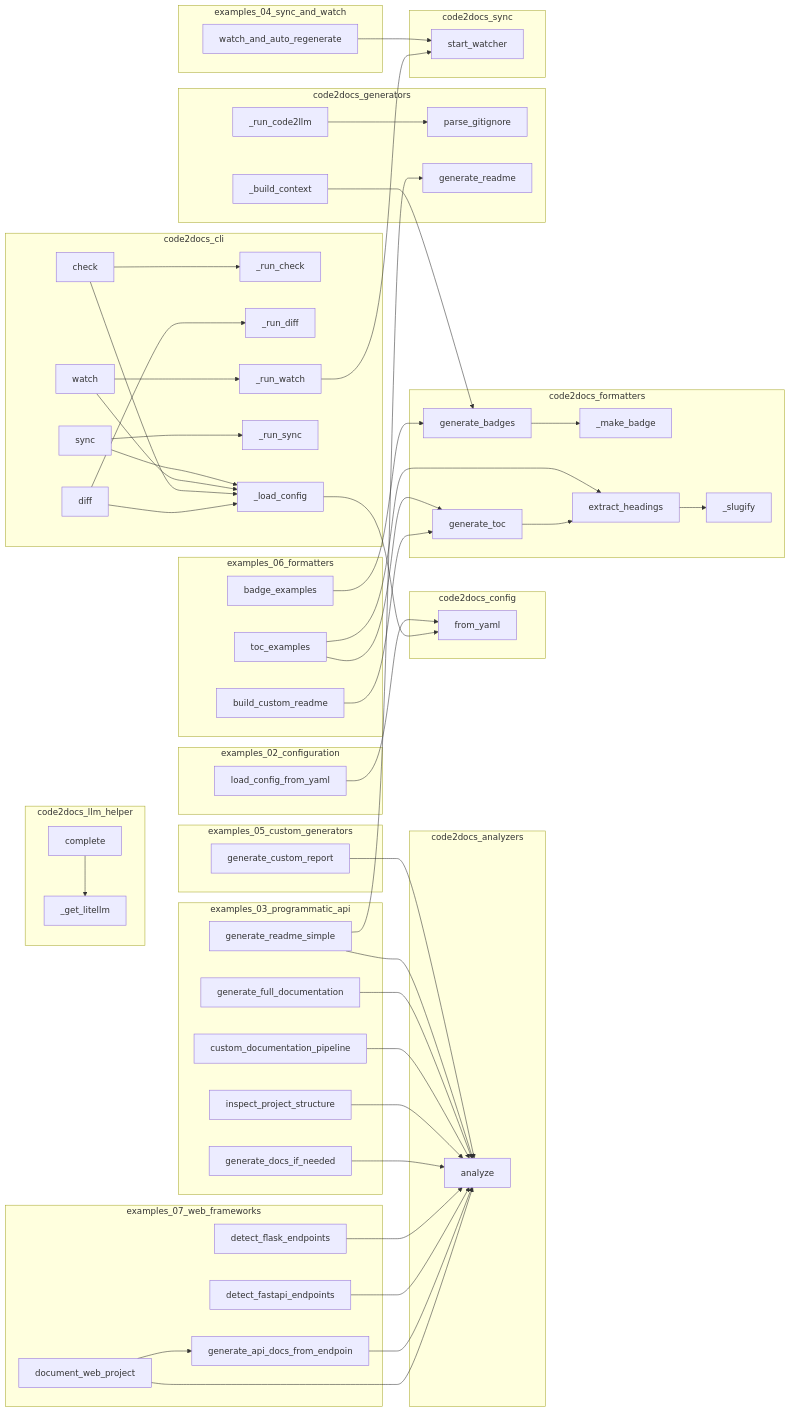
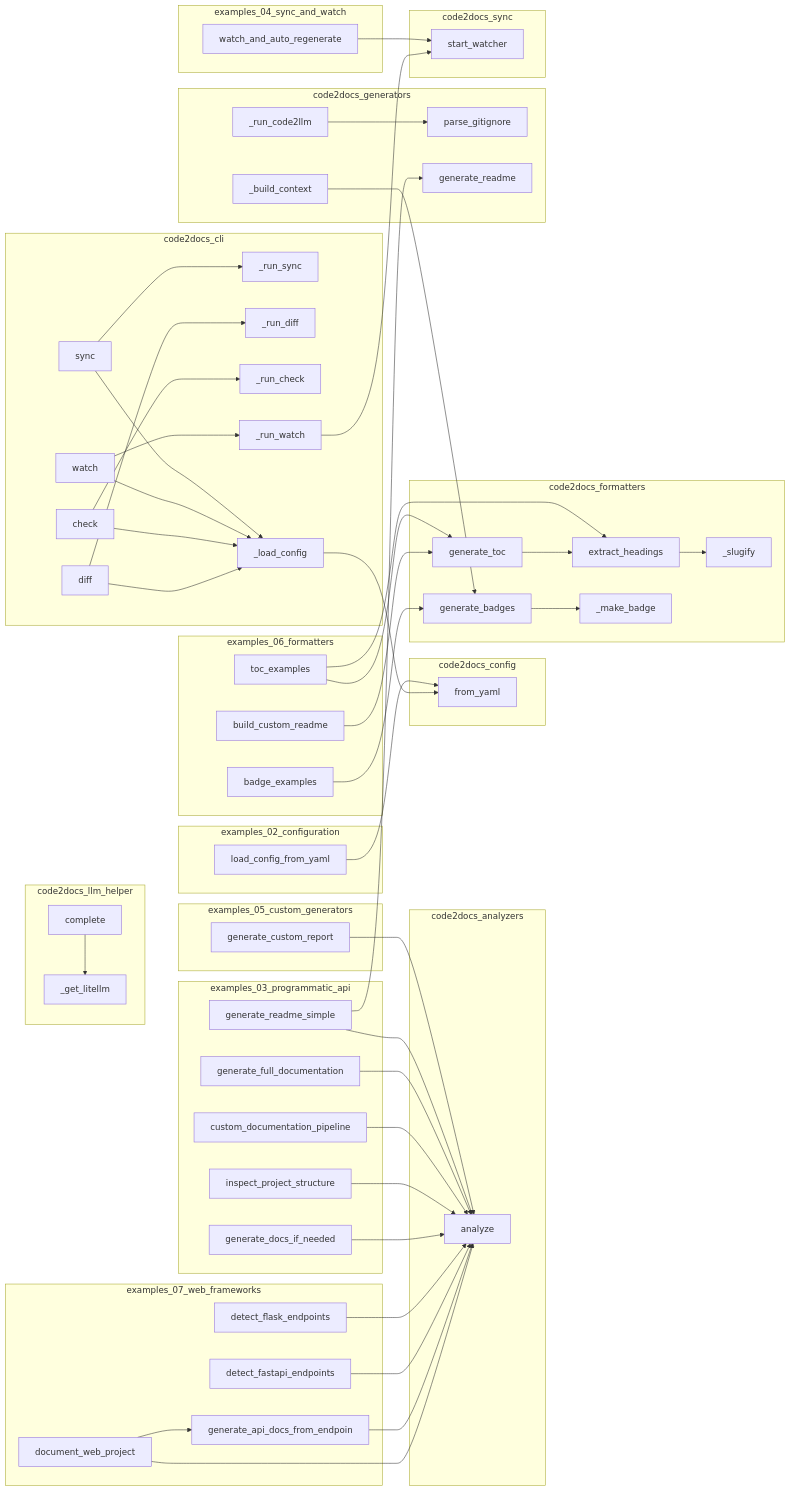
One commit to wronai/code2docs changed the diagram in project/calls.mmd. Above: the diagram before and after it, drawn with Mermaid. The commit also changed other lines of this file and 21 other files, not shown here.

```diff
--- a/project/calls.mmd
+++ b/project/calls.mmd
@@ -1,99 +1,99 @@
 flowchart LR
     subgraph code2docs_analyzers
         code2docs__analyze["analyze"]
     end
     subgraph code2docs_cli
+        code2docs__cli___run_sync["_run_sync"]
+        code2docs__cli__watch["watch"]
+        code2docs__cli__check["check"]
         code2docs__cli__diff["diff"]
-        code2docs__cli__check["check"]
+        code2docs__cli___run_diff["_run_diff"]
         code2docs__cli___run_check["_run_check"]
-        code2docs__cli___run_diff["_run_diff"]
-        code2docs__cli__watch["watch"]
-        code2docs__cli___run_watch["_run_watch"]
-        code2docs__cli___run_sync["_run_sync"]
         code2docs__cli__sync["sync"]
         code2docs__cli___load_config["_load_config"]
+        code2docs__cli___run_watch["_run_watch"]
     end
     subgraph code2docs_config
         code2docs__config__Code2DocsConfig__from_yaml["from_yaml"]
     end
     subgraph code2docs_formatters
+        code2docs__formatters__badges__generate_badges["generate_badges"]
+        code2docs__formatters__toc___slugify["_slugify"]
+        code2docs__formatters__toc__extract_headings["extract_headings"]
         code2docs__formatters__badges___make_badge["_make_badge"]
-        code2docs__formatters__toc___slugify["_slugify"]
         code2docs__formatters__toc__generate_toc["generate_toc"]
-        code2docs__formatters__toc__extract_headings["extract_headings"]
-        code2docs__formatters__badges__generate_badges["generate_badges"]
     end
     subgraph code2docs_generators
         code2docs__parse_gitignore["parse_gitignore"]
-        code2docs__generators__readme_gen__generate_readme["generate_readme"]
         code2docs___build_context["_build_context"]
         code2docs___run_code2llm["_run_code2llm"]
+        code2docs__generators__readme_gen__generate_readme["generate_readme"]
     end
     subgraph code2docs_llm_helper
         code2docs__llm_helper___get_litellm["_get_litellm"]
         code2docs__llm_helper__LLMHelper__complete["complete"]
     end
     subgraph code2docs_sync
         code2docs__sync__watcher__start_watcher["start_watcher"]
     end
     subgraph examples_02_configuration
         examples__02_configuration__load_config_from_yaml["load_config_from_yaml"]
     end
     subgraph examples_03_programmatic_api
-        examples__generate_docs_if_needed["generate_docs_if_needed"]
+        examples__generate_full_documentation["generate_full_documentation"]
         examples__custom_documentation_pipeline["custom_documentation_pipeline"]
         examples__inspect_project_structure["inspect_project_structure"]
         examples__generate_readme_simple["generate_readme_simple"]
-        examples__generate_full_documentation["generate_full_documentation"]
+        examples__generate_docs_if_needed["generate_docs_if_needed"]
     end
     subgraph examples_04_sync_and_watch
         examples__watch_and_auto_regenerate["watch_and_auto_regenerate"]
     end
     subgraph examples_05_custom_generators
         examples__generate_custom_report["generate_custom_report"]
     end
     subgraph examples_06_formatters
+        examples__06_formatters__badge_examples["badge_examples"]
         examples__06_formatters__toc_examples["toc_examples"]
-        examples__06_formatters__badge_examples["badge_examples"]
         examples__06_formatters__build_custom_readme["build_custom_readme"]
     end
     subgraph examples_07_web_frameworks
-        examples__detect_flask_endpoints["detect_flask_endpoints"]
-        examples__generate_api_docs_from_endpoints["generate_api_docs_from_endpoin"]
         examples__07_web_frameworks__document_web_project["document_web_project"]
         examples__detect_fastapi_endpoints["detect_fastapi_endpoints"]
+        examples__generate_api_docs_from_endpoints["generate_api_docs_from_endpoin"]
+        examples__detect_flask_endpoints["detect_flask_endpoints"]
     end
     code2docs__llm_helper__LLMHelper__complete --> code2docs__llm_helper___get_litellm
     examples__watch_and_auto_regenerate --> code2docs__sync__watcher__start_watcher
     examples__generate_custom_report --> code2docs__analyze
     examples__06_formatters__badge_examples --> code2docs__formatters__badges__generate_badges
     examples__06_formatters__toc_examples --> code2docs__formatters__toc__generate_toc
     examples__06_formatters__toc_examples --> code2docs__formatters__toc__extract_headings
     examples__06_formatters__build_custom_readme --> code2docs__formatters__toc__generate_toc
     examples__generate_readme_simple --> code2docs__analyze
     examples__generate_readme_simple --> code2docs__generators__readme_gen__generate_readme
     examples__generate_full_documentation --> code2docs__analyze
     examples__custom_documentation_pipeline --> code2docs__analyze
     examples__inspect_project_structure --> code2docs__analyze
     examples__generate_docs_if_needed --> code2docs__analyze
     examples__detect_flask_endpoints --> code2docs__analyze
     examples__detect_fastapi_endpoints --> code2docs__analyze
     examples__generate_api_docs_from_endpoints --> code2docs__analyze
     examples__07_web_frameworks__document_web_project --> code2docs__analyze
     examples__07_web_frameworks__document_web_project --> examples__generate_api_docs_from_endpoints
     examples__02_configuration__load_config_from_yaml --> code2docs__config__Code2DocsConfig__from_yaml
     code2docs__formatters__badges__generate_badges --> code2docs__formatters__badges___make_badge
     code2docs__formatters__toc__generate_toc --> code2docs__formatters__toc__extract_headings
     code2docs__formatters__toc__extract_headings --> code2docs__formatters__toc___slugify
+    code2docs___run_code2llm --> code2docs__parse_gitignore
     code2docs___build_context --> code2docs__formatters__badges__generate_badges
-    code2docs___run_code2llm --> code2docs__parse_gitignore
     code2docs__cli__sync --> code2docs__cli___load_config
     code2docs__cli__sync --> code2docs__cli___run_sync
     code2docs__cli__watch --> code2docs__cli___load_config
     code2docs__cli__watch --> code2docs__cli___run_watch
     code2docs__cli__check --> code2docs__cli___load_config
     code2docs__cli__check --> code2docs__cli___run_check
     code2docs__cli__diff --> code2docs__cli___load_config
     code2docs__cli__diff --> code2docs__cli___run_diff
     code2docs__cli___load_config --> code2docs__config__Code2DocsConfig__from_yaml
     code2docs__cli___run_watch --> code2docs__sync__watcher__start_watcher
```
